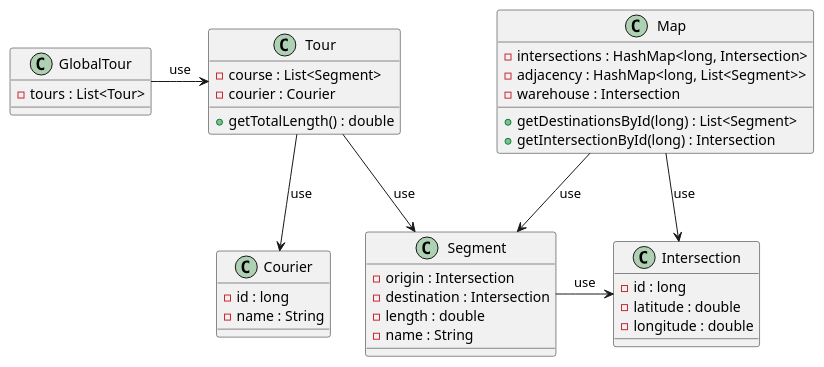
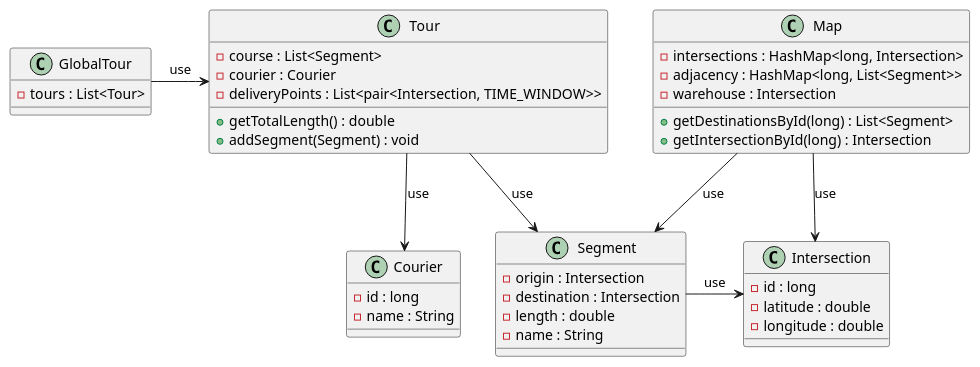
Before and after one commit to tao97410/AGILE: the diagram in PlantUML/class_diagram.puml, drawn with PlantUML. The commit also changed 5 other files, not shown here.

```diff
--- a/PlantUML/class_diagram.puml
+++ b/PlantUML/class_diagram.puml
@@ -1,50 +1,52 @@
 @startuml
 
 class Intersection {
     - id : long
     - latitude : double
     - longitude : double
 }
 
 class Segment {
     - origin : Intersection
     - destination : Intersection
     - length : double
     - name : String
 }
 
 class Map {
     - intersections : HashMap<long, Intersection>
     - adjacency : HashMap<long, List<Segment>>
     - warehouse : Intersection
     + getDestinationsById(long) : List<Segment>
     + getIntersectionById(long) : Intersection
 }
 
 class Tour {
     - course : List<Segment>
     - courier : Courier
+    - deliveryPoints : List<pair<Intersection, TIME_WINDOW>>
     + getTotalLength() : double
+    + addSegment(Segment) : void
 }
 
 class GlobalTour {
     - tours : List<Tour>
 }
 
 class Courier {
     - id : long
     - name : String
 }
 
 Segment -> Intersection : use
 Map --> Intersection : use
 Map --> Segment : use
 Tour --> Segment : use
 Tour --> Courier : use
 GlobalTour -> Tour : use
 
 
 
 
 
 @enduml
```
